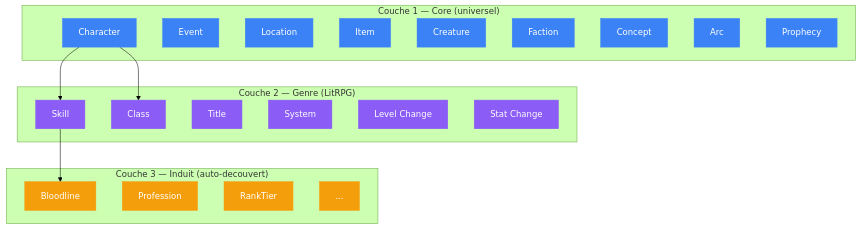
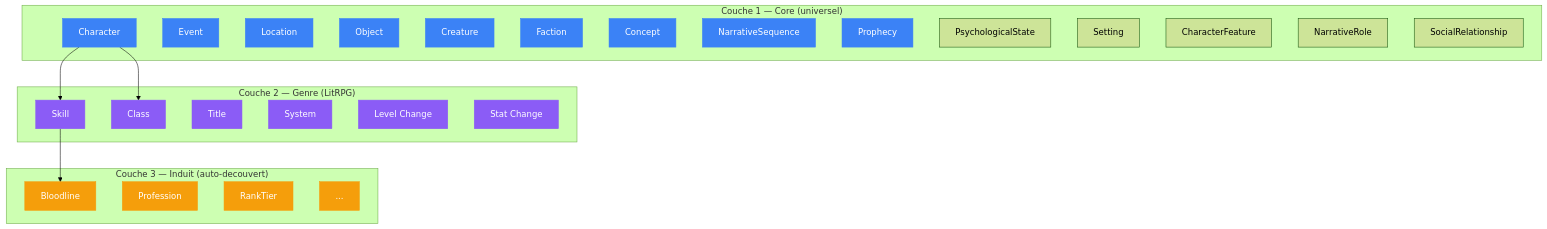
One commit to xairon/WorldRAG changed the seventh of 14 diagrams in docs/architecture/extraction-pipeline.md. Above: the diagram before and after it, drawn with Mermaid (forest theme). The commit also changed other lines of this file and 9 other files, not shown here.

````diff
--- a/docs/architecture/extraction-pipeline.md
+++ b/docs/architecture/extraction-pipeline.md
@@ -252,54 +252,59 @@
 ```mermaid
 graph TD
     subgraph "Couche 1 — Core (universel)"
         A1[Character]
         A2[Event]
         A3[Location]
-        A4[Item]
+        A4[Object]
         A5[Creature]
         A6[Faction]
         A7[Concept]
-        A8[Arc]
+        A8[NarrativeSequence]
         A9[Prophecy]
+        A10[PsychologicalState]
+        A11[Setting]
+        A12[CharacterFeature]
+        A13[NarrativeRole]
+        A14[SocialRelationship]
     end
 
     subgraph "Couche 2 — Genre (LitRPG)"
         B1[Skill]
         B2[Class]
         B3[Title]
         B4[System]
         B5[Level Change]
         B6[Stat Change]
     end
 
     subgraph "Couche 3 — Induit (auto-decouvert)"
         C1[Bloodline]
         C2[Profession]
         C3[RankTier]
         C4[...]
     end
 
     A1 --> B1
     A1 --> B2
     B1 --> C1
 
     style A1 fill:#3b82f6,stroke:#3b82f6,color:#fff
     style A2 fill:#3b82f6,stroke:#3b82f6,color:#fff
     style A3 fill:#3b82f6,stroke:#3b82f6,color:#fff
     style A4 fill:#3b82f6,stroke:#3b82f6,color:#fff
     style A5 fill:#3b82f6,stroke:#3b82f6,color:#fff
     style A6 fill:#3b82f6,stroke:#3b82f6,color:#fff
     style A7 fill:#3b82f6,stroke:#3b82f6,color:#fff
     style A8 fill:#3b82f6,stroke:#3b82f6,color:#fff
     style A9 fill:#3b82f6,stroke:#3b82f6,color:#fff
     style B1 fill:#8b5cf6,stroke:#8b5cf6,color:#fff
     style B2 fill:#8b5cf6,stroke:#8b5cf6,color:#fff
     style B3 fill:#8b5cf6,stroke:#8b5cf6,color:#fff
     style B4 fill:#8b5cf6,stroke:#8b5cf6,color:#fff
     style B5 fill:#8b5cf6,stroke:#8b5cf6,color:#fff
     style B6 fill:#8b5cf6,stroke:#8b5cf6,color:#fff
     style C1 fill:#f59e0b,stroke:#f59e0b,color:#fff
     style C2 fill:#f59e0b,stroke:#f59e0b,color:#fff
     style C3 fill:#f59e0b,stroke:#f59e0b,color:#fff
     style C4 fill:#f59e0b,stroke:#f59e0b,color:#fff
 ```
````
